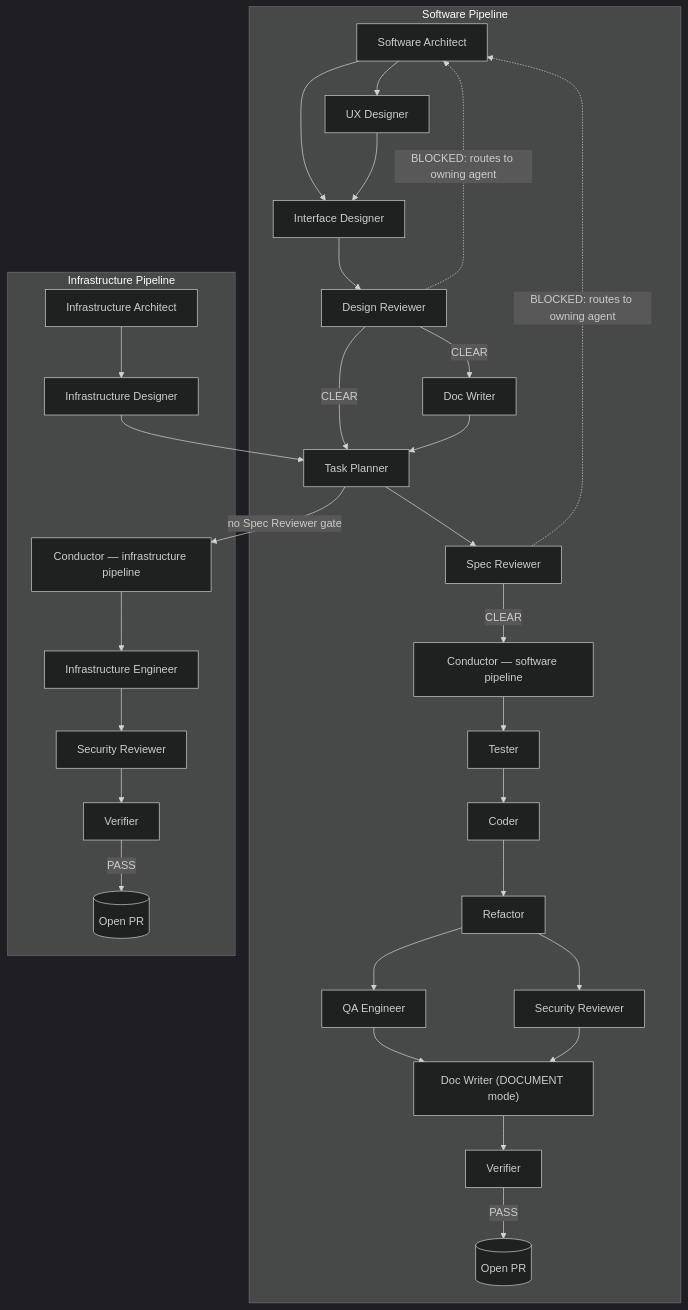
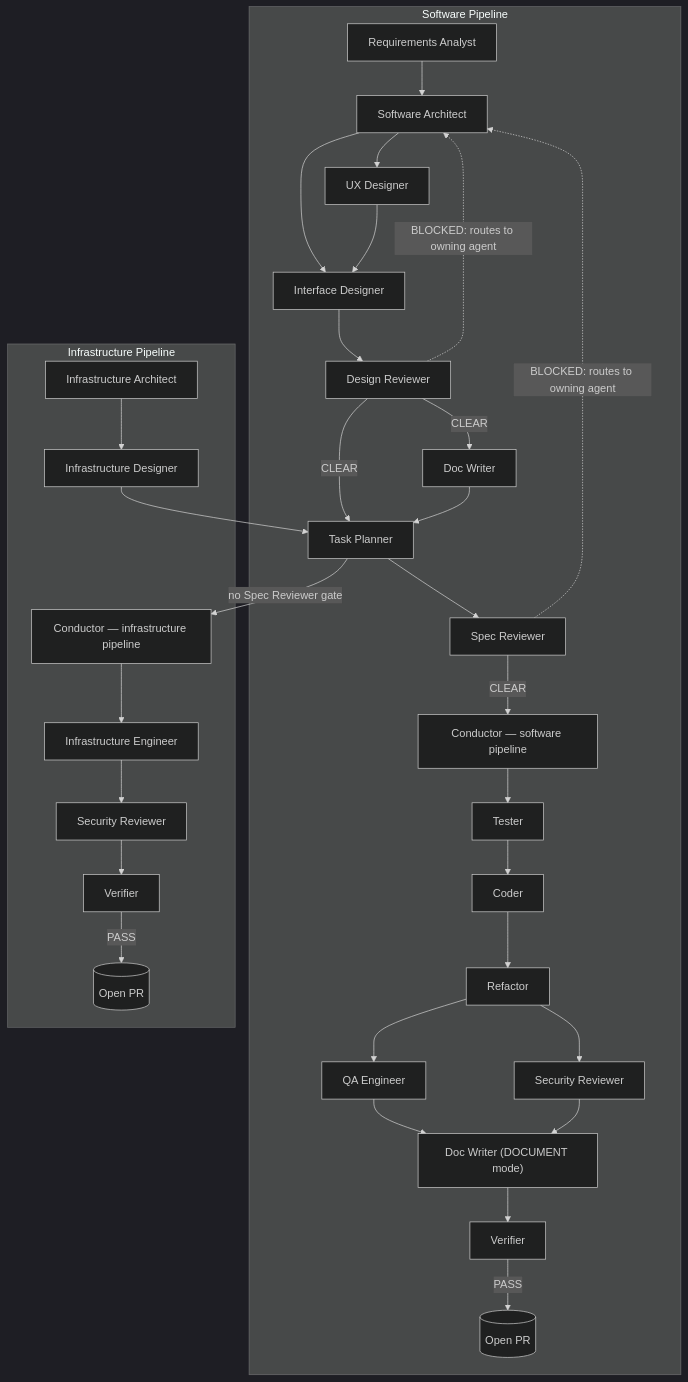
Before and after one commit to pvandervelde/llm-prompt-engineering: the diagram in claude-agents/README.md, drawn with Mermaid (dark theme). The commit also changed other lines of this file and 12 other files, not shown here.

````diff
--- a/claude-agents/README.md
+++ b/claude-agents/README.md
@@ -12,52 +12,54 @@
 ```mermaid
 flowchart TD
     subgraph Software Pipeline
+        ReqAnalyst["Requirements Analyst"]
         Architect["Software Architect"]
         UX["UX Designer"]
         IFace["Interface Designer"]
         DesignRev["Design Reviewer"]
         Doc["Doc Writer"]
         Plan["Task Planner"]
         SpecRev["Spec Reviewer"]
         CondSW["Conductor — software pipeline"]
         Tester["Tester"]
         Coder["Coder"]
         Refactor["Refactor"]
         QA["QA Engineer"]
         Sec["Security Reviewer"]
         Verifier["Verifier"]
 
+        ReqAnalyst --> Architect
         Architect --> IFace
         Architect --> UX
         UX --> IFace
         IFace --> DesignRev
         DesignRev -->|CLEAR| Doc
         DesignRev -->|CLEAR| Plan
         DesignRev -.->|BLOCKED: routes to owning agent| Architect
         Doc --> Plan
         Plan --> SpecRev
         SpecRev -->|CLEAR| CondSW
         SpecRev -.->|BLOCKED: routes to owning agent| Architect
         CondSW --> Tester --> Coder --> Refactor
         Refactor --> QA
         Refactor --> Sec
         QA --> Doc2["Doc Writer (DOCUMENT mode)"]
         Sec --> Doc2
         Doc2 --> Verifier
         Verifier -->|PASS| PR1[("Open PR")]
     end
 
     subgraph Infrastructure Pipeline
         InfraArch["Infrastructure Architect"]
         InfraDes["Infrastructure Designer"]
         CondInfra["Conductor — infrastructure pipeline"]
         InfraEng["Infrastructure Engineer"]
         Sec2["Security Reviewer"]
         Verifier2["Verifier"]
 
         InfraArch --> InfraDes --> Plan
         Plan -->|no Spec Reviewer gate| CondInfra
         CondInfra --> InfraEng --> Sec2 --> Verifier2
         Verifier2 -->|PASS| PR2[("Open PR")]
     end
 ```
````
